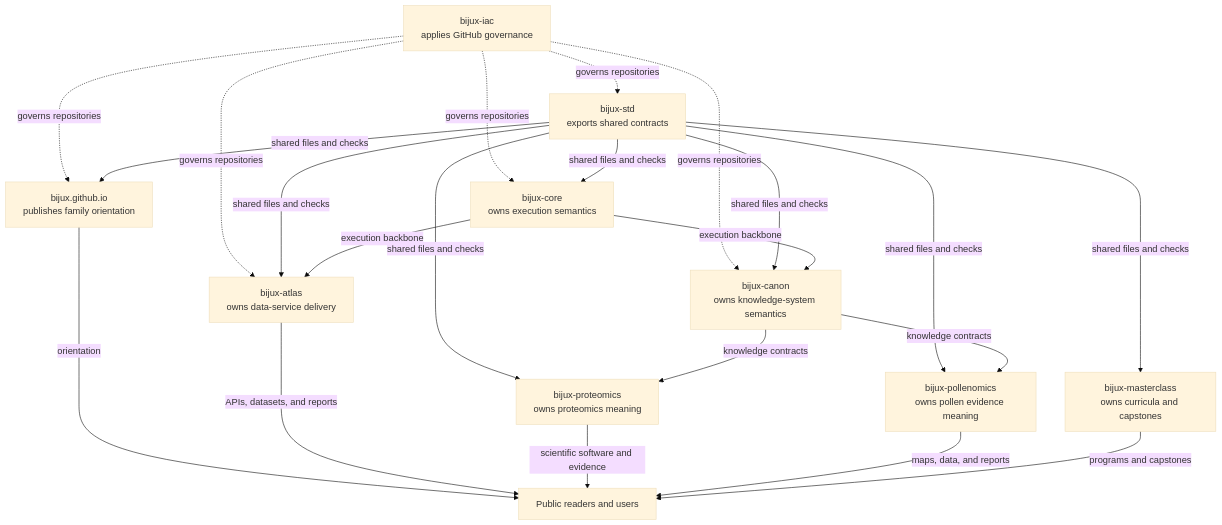
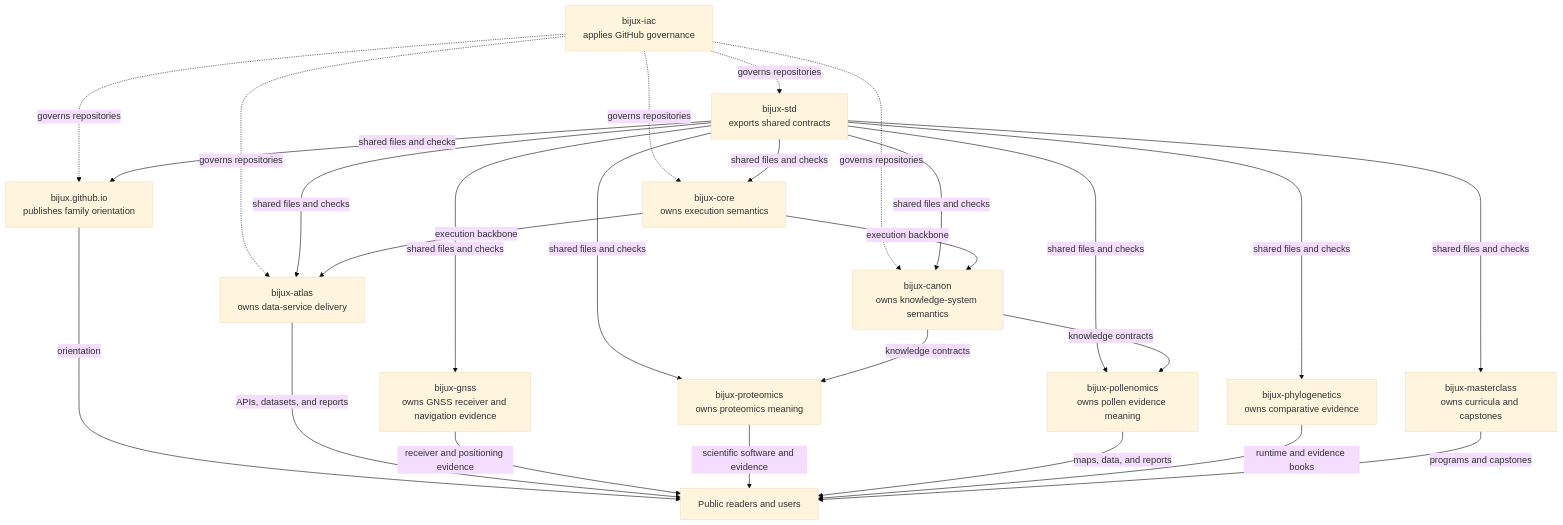
Before and after one commit to bijux/bijux.github.io: the diagram in docs/01-platform/system-map/index.md, drawn with Mermaid (base theme). The commit also changed 5 other files, not shown here.

Commit message:
docs(catalog): add gnss and phylogenetics evidence routes

````diff
--- a/docs/01-platform/system-map/index.md
+++ b/docs/01-platform/system-map/index.md
@@ -18,38 +18,44 @@
 ```mermaid
 flowchart TB
     iac["bijux-iac<br/>applies GitHub governance"]
     std["bijux-std<br/>exports shared contracts"]
     hub["bijux.github.io<br/>publishes family orientation"]
     core["bijux-core<br/>owns execution semantics"]
     canon["bijux-canon<br/>owns knowledge-system semantics"]
     atlas["bijux-atlas<br/>owns data-service delivery"]
+    gnss["bijux-gnss<br/>owns GNSS receiver and navigation evidence"]
     proteomics["bijux-proteomics<br/>owns proteomics meaning"]
     pollenomics["bijux-pollenomics<br/>owns pollen evidence meaning"]
+    phylogenetics["bijux-phylogenetics<br/>owns comparative evidence"]
     masterclass["bijux-masterclass<br/>owns curricula and capstones"]
     public["Public readers and users"]
 
     iac -. "governs repositories" .-> std
     iac -. "governs repositories" .-> hub
     iac -. "governs repositories" .-> core
     iac -. "governs repositories" .-> canon
     iac -. "governs repositories" .-> atlas
 
     std -->|"shared files and checks"| hub
     std -->|"shared files and checks"| core
     std -->|"shared files and checks"| canon
     std -->|"shared files and checks"| atlas
+    std -->|"shared files and checks"| gnss
     std -->|"shared files and checks"| proteomics
     std -->|"shared files and checks"| pollenomics
+    std -->|"shared files and checks"| phylogenetics
     std -->|"shared files and checks"| masterclass
 
     core -->|"execution backbone"| canon
     core -->|"execution backbone"| atlas
     canon -->|"knowledge contracts"| proteomics
     canon -->|"knowledge contracts"| pollenomics
 
     hub -->|"orientation"| public
     atlas -->|"APIs, datasets, and reports"| public
+    gnss -->|"receiver and positioning evidence"| public
     proteomics -->|"scientific software and evidence"| public
     pollenomics -->|"maps, data, and reports"| public
+    phylogenetics -->|"runtime and evidence books"| public
     masterclass -->|"programs and capstones"| public
 ```
````
